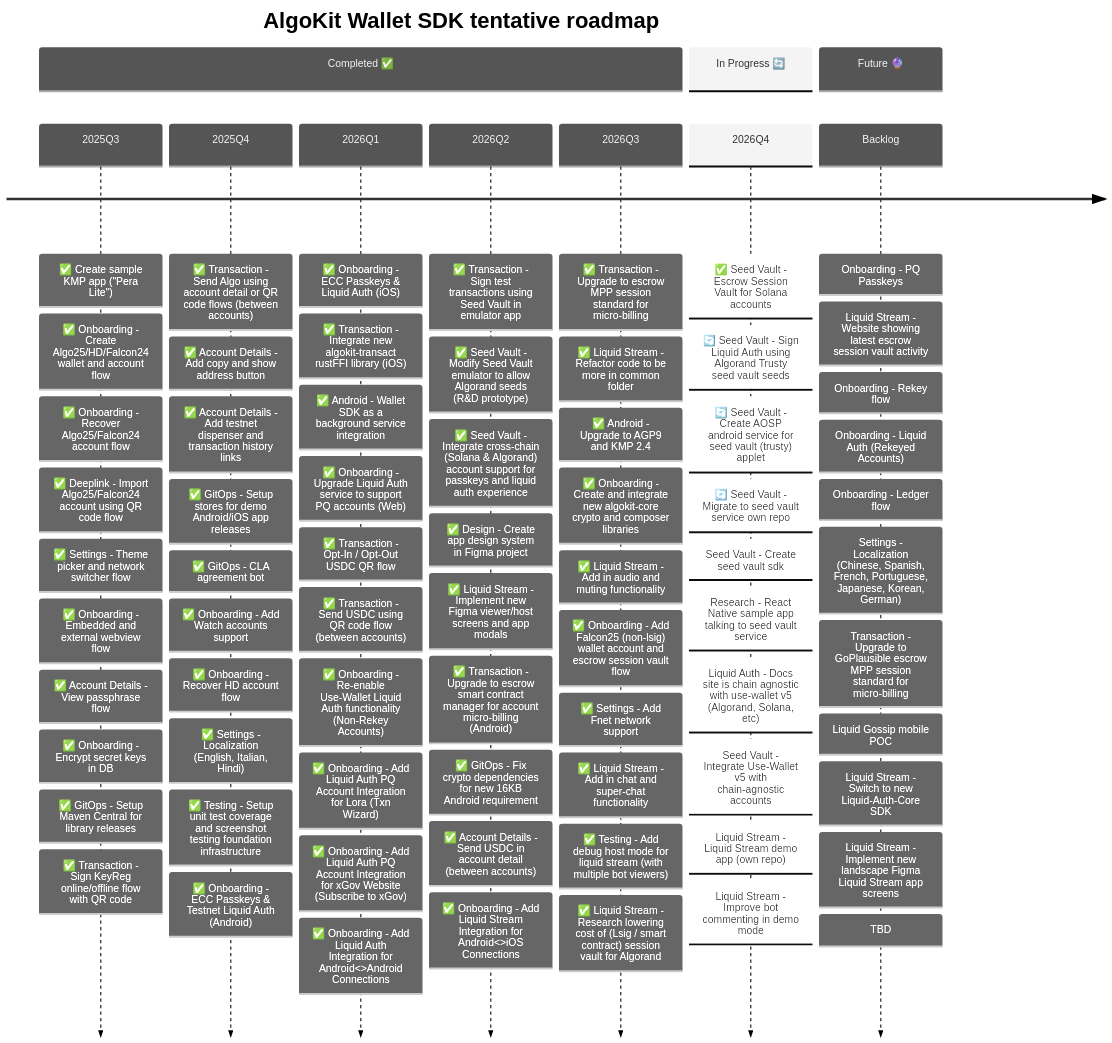
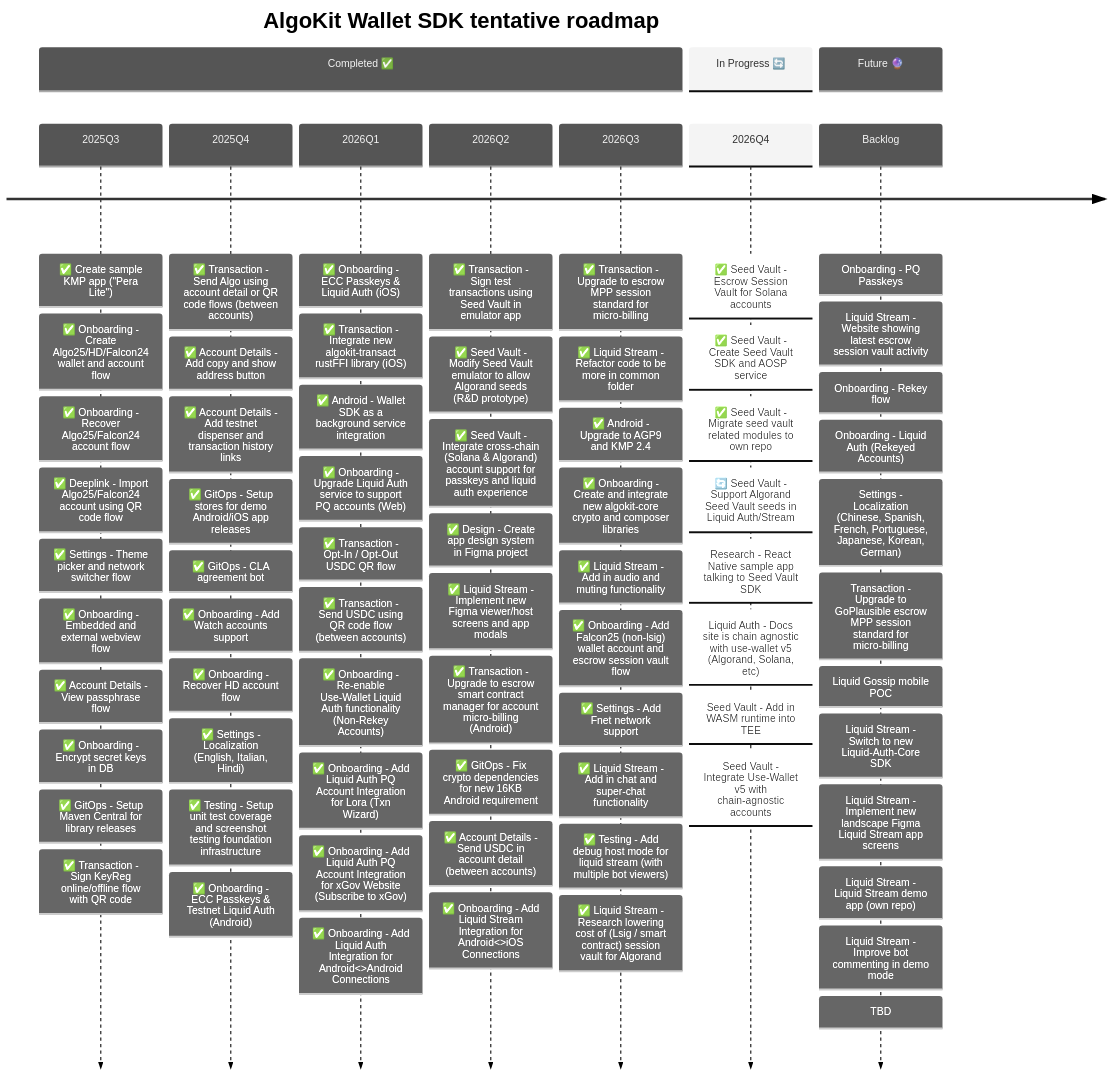
Before and after one commit to michaeltchuangllc/algokit-walletsdk-kmp: the second of 3 diagrams in README.md, drawn with Mermaid. The commit also changed 31 other files, not shown here.

Commit message:
feat: update liquid stream escrow contract for payeeSigner (#454)

````diff
--- a/README.md
+++ b/README.md
@@ -128,31 +128,31 @@
             : ✅ Liquid Stream - Add in chat and super-chat functionality
             : ✅ Testing - Add debug host mode for liquid stream (with multiple bot viewers)
             : ✅ Liquid Stream - Research lowering cost of (Lsig / smart contract) session vault for Algorand          
-             
+
     section In Progress 🔄
     2026Q4   
              : ✅ Seed Vault - Escrow Session Vault for Solana accounts
-             : 🔄 Seed Vault - Sign Liquid Auth using Algorand Trusty seed vault seeds
-             : 🔄 Seed Vault - Create AOSP android service for seed vault (trusty) applet
-             : 🔄 Seed Vault - Migrate to seed vault service own repo
-             : Seed Vault - Create seed vault sdk
-             : Research - React Native sample app talking to seed vault service
+             : ✅ Seed Vault - Create Seed Vault SDK and AOSP service
+             : ✅ Seed Vault - Migrate seed vault related modules to own repo
+             : 🔄 Seed Vault - Support Algorand Seed Vault seeds in Liquid Auth/Stream
+             : Research - React Native sample app talking to Seed Vault SDK
              : Liquid Auth - Docs site is chain agnostic with use-wallet v5 (Algorand, Solana, etc)
+             : Seed Vault - Add in WASM runtime into TEE
              : Seed Vault - Integrate Use-Wallet v5 with chain-agnostic accounts
-             : Liquid Stream - Liquid Stream demo app (own repo)
-             : Liquid Stream - Improve bot commenting in demo mode
+             
 
     section Future 🔮
     Backlog  : Onboarding - PQ Passkeys
              : Liquid Stream - Website showing latest escrow session vault activity
              : Onboarding - Rekey flow
              : Onboarding - Liquid Auth (Rekeyed Accounts)
-             : Onboarding - Ledger flow
              : Settings - Localization (Chinese, Spanish, French, Portuguese, Japanese, Korean, German)
              : Transaction - Upgrade to GoPlausible escrow MPP session standard for micro-billing
              : Liquid Gossip mobile POC
              : Liquid Stream - Switch to new Liquid-Auth-Core SDK
              : Liquid Stream - Implement new landscape Figma Liquid Stream app screens
+             : Liquid Stream - Liquid Stream demo app (own repo)
+             : Liquid Stream - Improve bot commenting in demo mode
              : TBD
 
 ```
````
